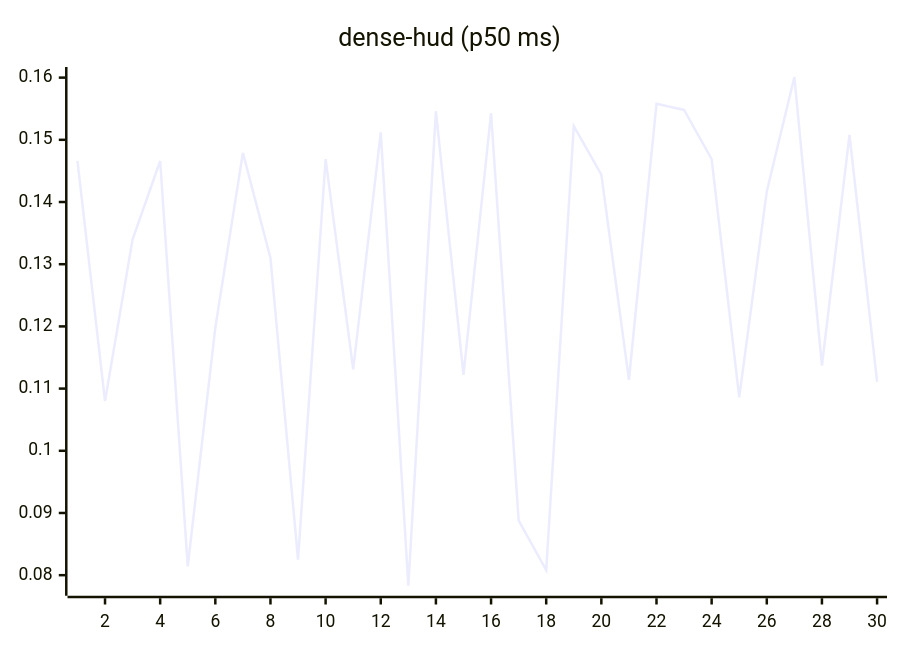
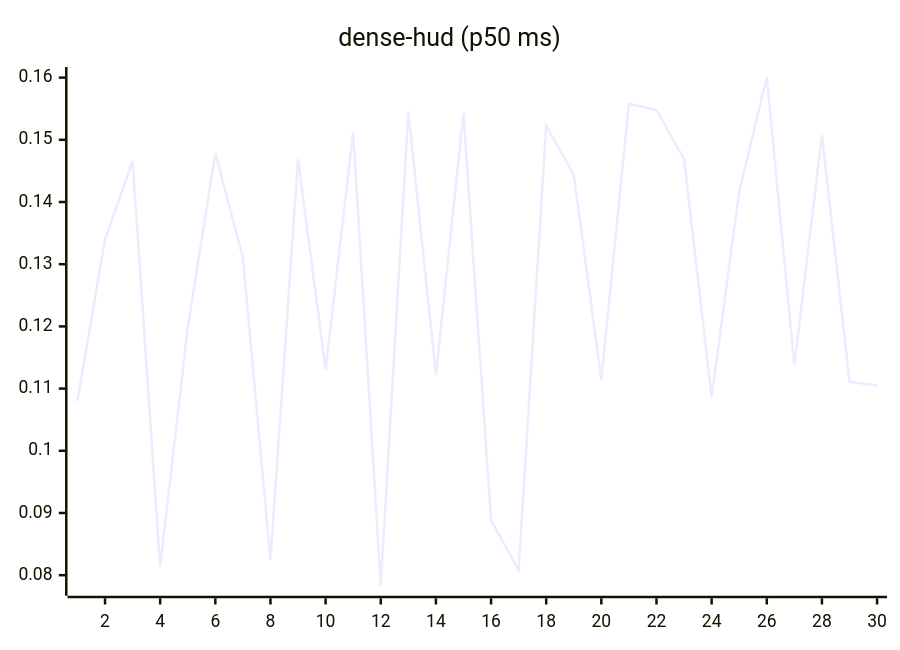
The eighth of 27 diagrams in README.md (josha/Facet), drawn with Mermaid before and after one commit. The commit also changed other lines of this file and 2 other files, not shown here.

````diff
--- a/README.md
+++ b/README.md
@@ -112,6 +112,6 @@
 ```mermaid
 xychart-beta
     title "dense-hud (p50 ms)"
     x-axis 1 --> 30
-    line [0.1466, 0.1080, 0.1340, 0.1466, 0.0814, 0.1198, 0.1479, 0.1310, 0.0825, 0.1469, 0.1131, 0.1512, 0.0783, 0.1546, 0.1122, 0.1543, 0.0888, 0.0808, 0.1522, 0.1444, 0.1114, 0.1558, 0.1548, 0.1469, 0.1086, 0.1417, 0.1601, 0.1137, 0.1508, 0.1111]
+    line [0.1080, 0.1340, 0.1466, 0.0814, 0.1198, 0.1479, 0.1310, 0.0825, 0.1469, 0.1131, 0.1512, 0.0783, 0.1546, 0.1122, 0.1543, 0.0888, 0.0808, 0.1522, 0.1444, 0.1114, 0.1558, 0.1548, 0.1469, 0.1086, 0.1417, 0.1601, 0.1137, 0.1508, 0.1111, 0.1105]
 ```
````
